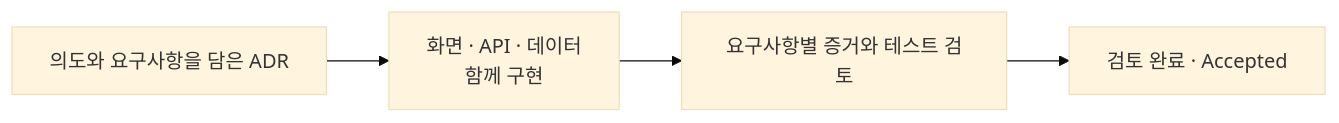
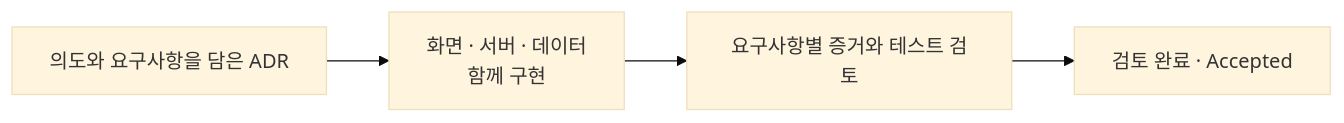
Before and after one commit to haandol/haandol.github.com: the fourth of 4 diagrams in _posts/2026-08-18-ai-coding-review-cognitive-load.md, drawn with Mermaid (base theme). The commit also changed other lines of this file and 3 other files, not shown here.

Commit message:
docs: separate CTS-SW introduction and expand individual and team flow guidance

````diff
--- a/_posts/2026-08-18-ai-coding-review-cognitive-load.md
+++ b/_posts/2026-08-18-ai-coding-review-cognitive-load.md
@@ -293,6 +575,6 @@
 ```mermaid
 flowchart LR
-    A["의도와 요구사항을 담은 ADR"] --> I["화면 · API · 데이터<br/>함께 구현"]
+    A["의도와 요구사항을 담은 ADR"] --> I["화면 · 서버 · 데이터<br/>함께 구현"]
     I --> R["요구사항별 증거와 테스트 검토"]
     R --> D["검토 완료 · Accepted"]
 ```
````
